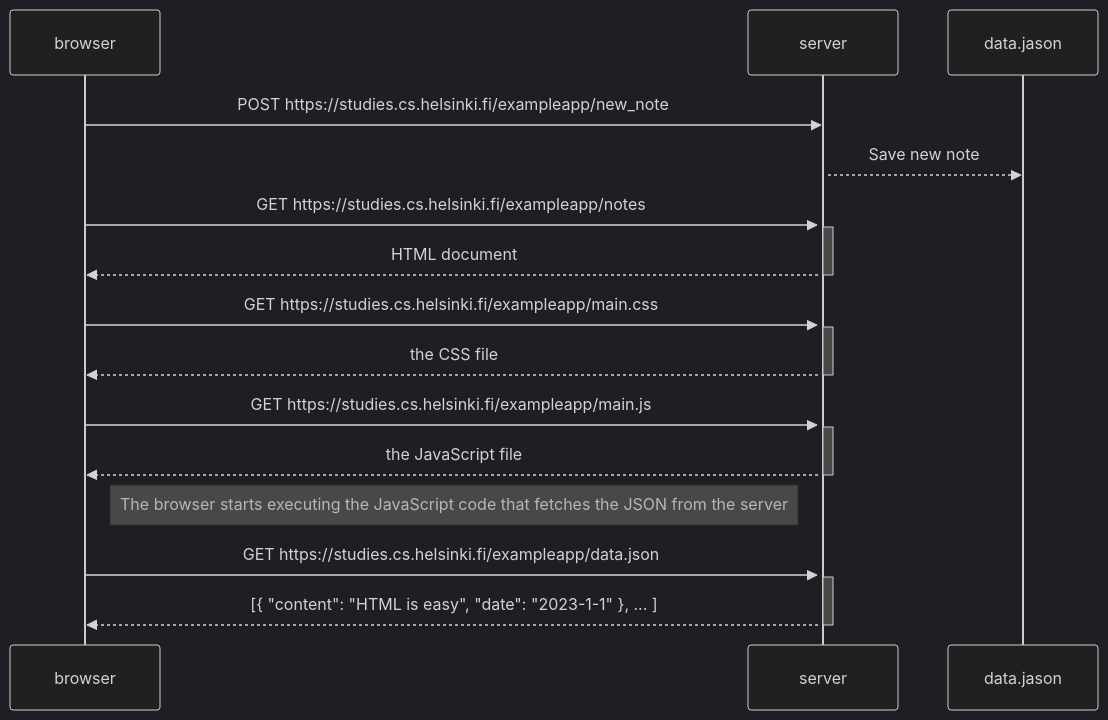
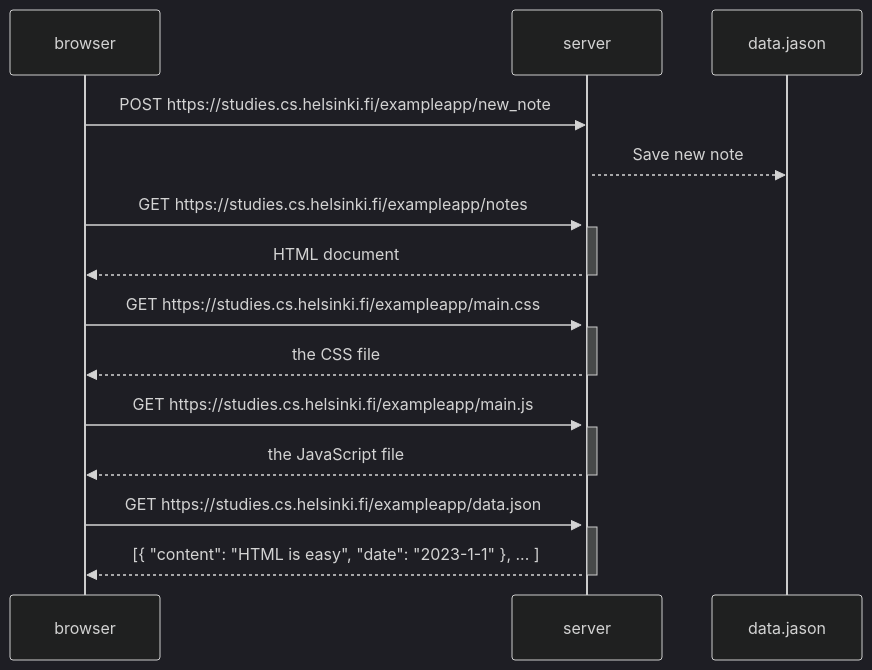
The diagram in README.md (Nadim-2022/Python_koodit), drawn with Mermaid (dark theme) before and after one commit. The commit also changed other lines of this file, not shown here.

````diff
--- a/README.md
+++ b/README.md
@@ -39,31 +37,29 @@
 ```mermaid
 sequenceDiagram
     participant browser
     participant server
     
     browser->>server: POST https://studies.cs.helsinki.fi/exampleapp/new_note
     activate server
     server-->>data.jason: Save new note
 
     browser->>server: GET https://studies.cs.helsinki.fi/exampleapp/notes
     activate server
     server-->>browser: HTML document
     deactivate server
 
     browser->>server: GET https://studies.cs.helsinki.fi/exampleapp/main.css
     activate server
     server-->>browser: the CSS file
     deactivate server
 
     browser->>server: GET https://studies.cs.helsinki.fi/exampleapp/main.js
     activate server
     server-->>browser: the JavaScript file
     deactivate server
-
-    Note right of browser: The browser starts executing the JavaScript code that fetches the JSON from the server
-
+    
     browser->>server: GET https://studies.cs.helsinki.fi/exampleapp/data.json
     activate server
     server-->>browser: [{ "content": "HTML is easy", "date": "2023-1-1" }, ... ]
     deactivate server
 ```
````
